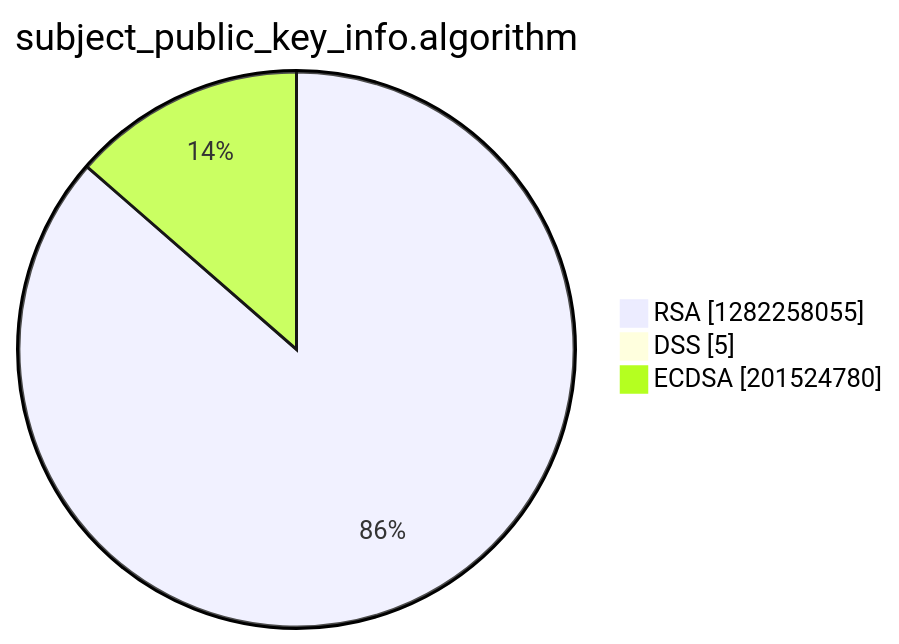
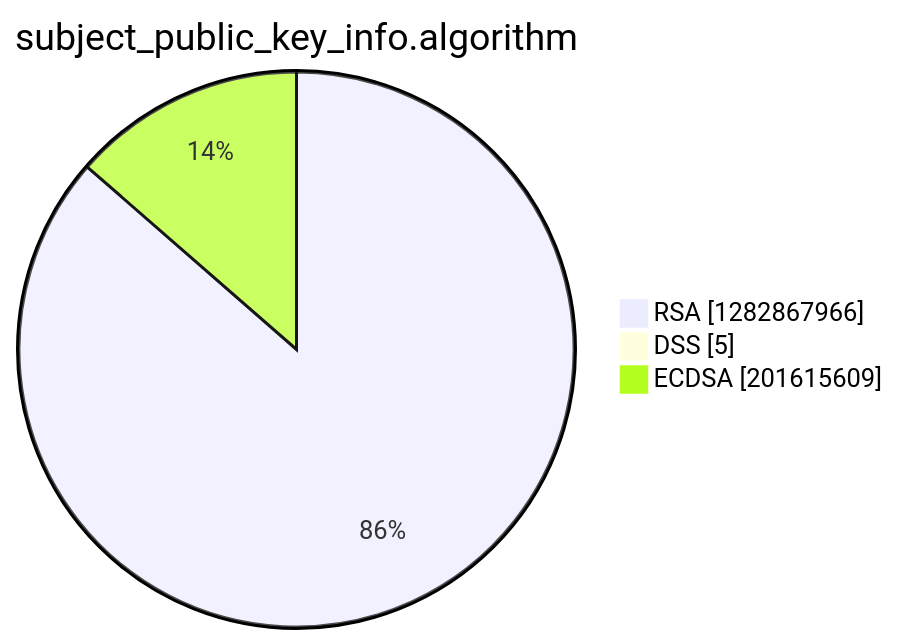
One commit to christiankrug/ctmonitor_visualization changed the third of 15 diagrams in argon2022/README.md. Above: the diagram before and after it, drawn with Mermaid. The commit also changed other lines of this file, not shown here.

````diff
--- a/argon2022/README.md
+++ b/argon2022/README.md
@@ -14,7 +14,7 @@
 ```mermaid
 pie showData
 title subject_public_key_info.algorithm
-"RSA" :1282258055
+"RSA" :1282867966
 "DSS" :5
-"ECDSA" :201524780
+"ECDSA" :201615609
 ```
````
